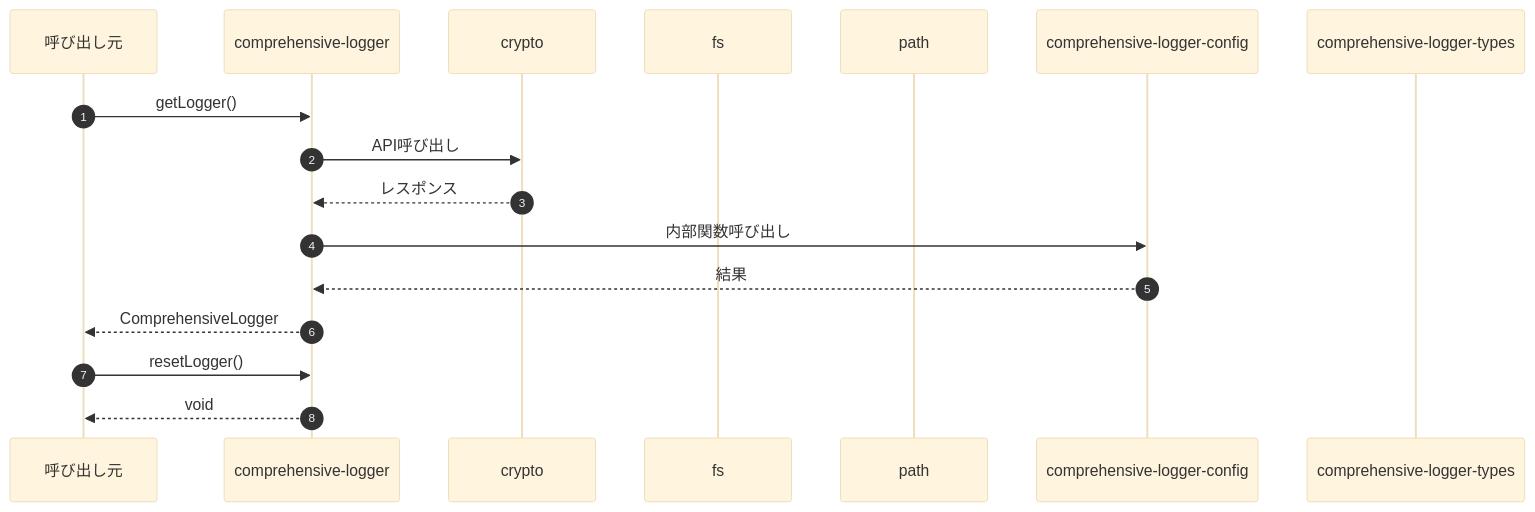
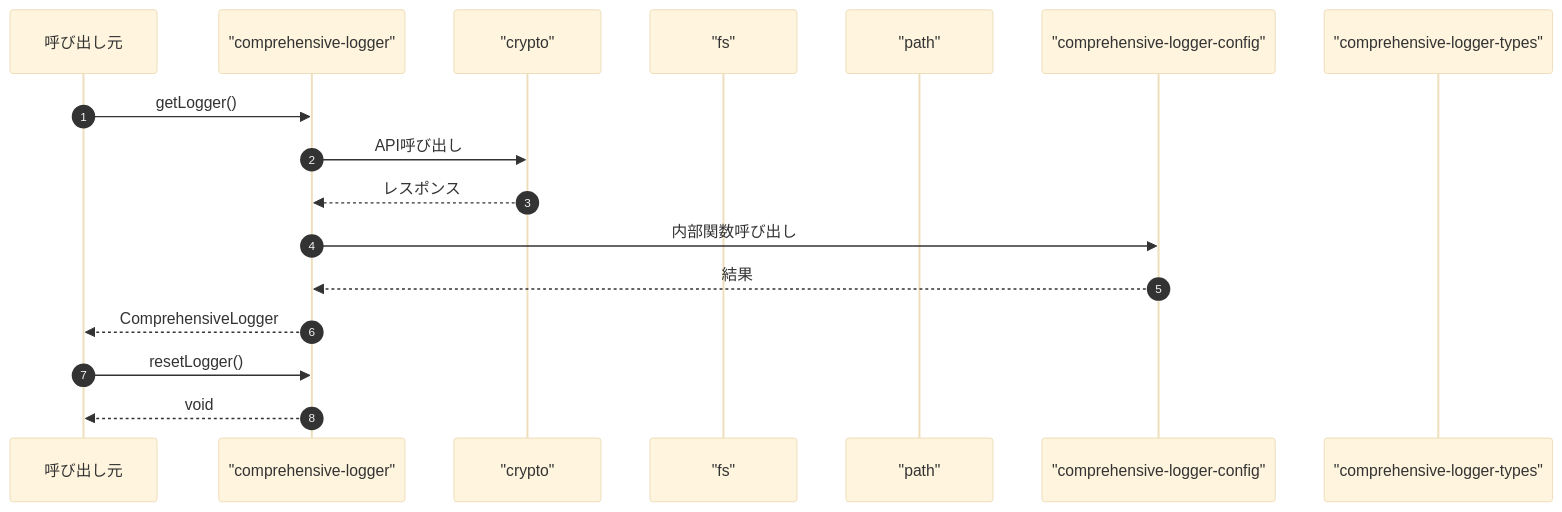
The fourth of 4 diagrams in ABDD/.pi/lib/comprehensive-logger.md (Mekann2904/mekann), drawn with Mermaid (base theme) before and after one commit. The commit also changed other lines of this file and 152 other files, not shown here.

First line of the commit message:
fix: Mermaid図のラベル内の特殊文字をエスケープする

````diff
--- a/ABDD/.pi/lib/comprehensive-logger.md
+++ b/ABDD/.pi/lib/comprehensive-logger.md
@@ -88,21 +88,21 @@
 ```mermaid
 sequenceDiagram
   autonumber
   participant Caller as 呼び出し元
-  participant comprehensive_logger as comprehensive-logger
-  participant crypto as crypto
-  participant fs as fs
-  participant path as path
-  participant comprehensive_logger_config as comprehensive-logger-config
-  participant comprehensive_logger_types as comprehensive-logger-types
+  participant comprehensive_logger as "comprehensive-logger"
+  participant crypto as "crypto"
+  participant fs as "fs"
+  participant path as "path"
+  participant comprehensive_logger_config as "comprehensive-logger-config"
+  participant comprehensive_logger_types as "comprehensive-logger-types"
 
   Caller->>comprehensive_logger: getLogger()
   comprehensive_logger->>crypto: API呼び出し
   crypto-->>comprehensive_logger: レスポンス
   comprehensive_logger->>comprehensive_logger_config: 内部関数呼び出し
   comprehensive_logger_config-->>comprehensive_logger: 結果
   comprehensive_logger-->>Caller: ComprehensiveLogger
 
   Caller->>comprehensive_logger: resetLogger()
   comprehensive_logger-->>Caller: void
 ```
````
